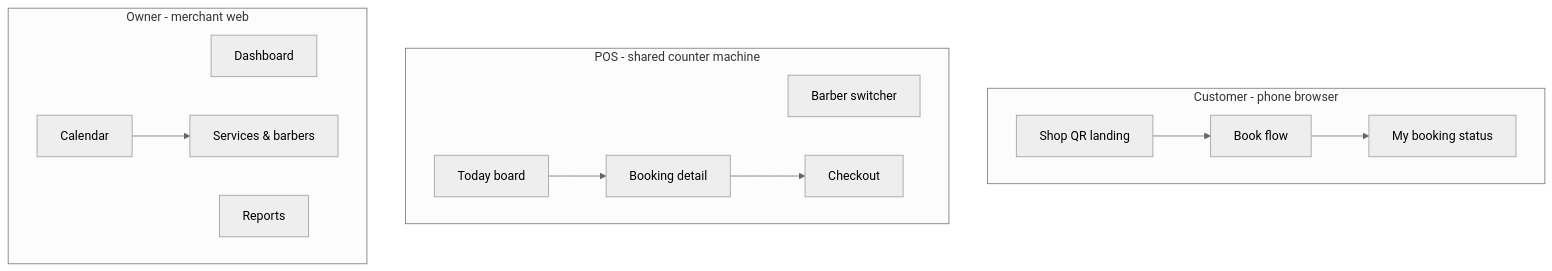
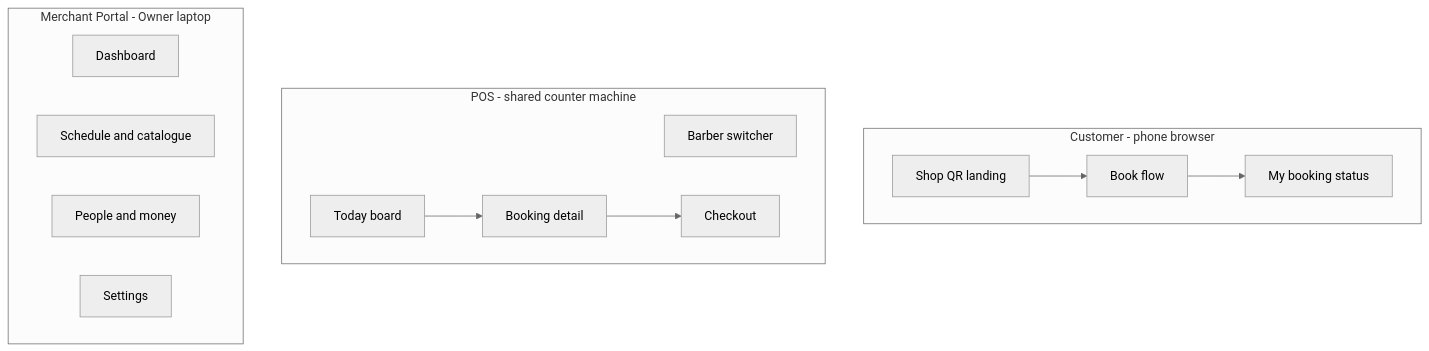
The diagram in docs/modules/barbershop/ui.md (Fakhrul-Faris/pos), drawn with Mermaid (neutral theme) before and after one commit. The commit also changed other lines of this file and 152 other files, not shown here.

````diff
--- a/docs/modules/barbershop/ui.md
+++ b/docs/modules/barbershop/ui.md
@@ -21,23 +24,22 @@
 ```mermaid
 flowchart TB
     subgraph customer [Customer - phone browser]
         C1[Shop QR landing]
         C2[Book flow]
         C3[My booking status]
     end
     subgraph pos [POS - shared counter machine]
         P1[Barber switcher]
         P2[Today board]
         P3[Booking detail]
         P4[Checkout]
     end
-    subgraph owner [Owner - merchant web]
+    subgraph merchant [Merchant Portal - Owner laptop]
         O1[Dashboard]
-        O2[Calendar]
-        O3[Services & barbers]
-        O4[Reports]
+        O2[Schedule and catalogue]
+        O3[People and money]
+        O4[Settings]
     end
     C1 --> C2 --> C3
     P2 --> P3 --> P4
-    O2 --> O3
 ```
````
